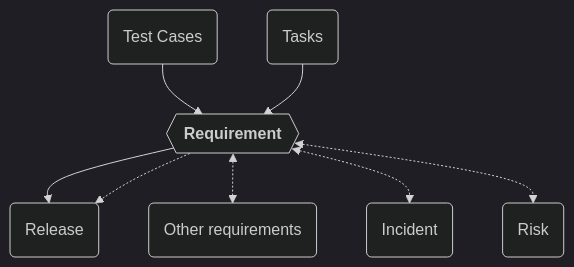
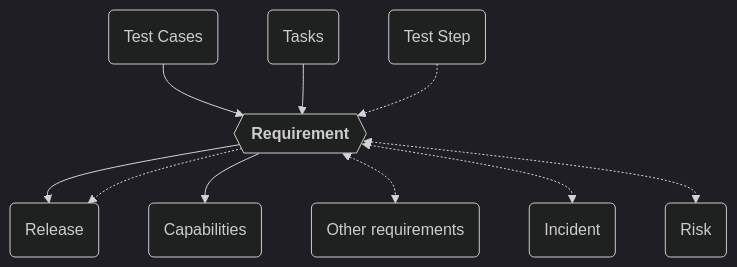
Before and after one commit to Inflectra/spira-documentation: the diagram in docs/Spira-User-Manual/Requirements-Management.md, drawn with Mermaid (dark theme). The commit also changed other lines of this file and 5 other files, not shown here.

````diff
--- a/docs/Spira-User-Manual/Requirements-Management.md
+++ b/docs/Spira-User-Manual/Requirements-Management.md
@@ -26,10 +29,12 @@
     ``` mermaid
     graph TD
     RQ{{"`**Requirement**`"}} --> RL(Release);
+    RQ --> CP(Capabilities);
     TC(Test Cases) --> RQ;
     TK(Tasks) --> RQ;
     RQ -.-> RL;
+    TS(Test Step) -.-> RQ;
     RQ <-.-> RQ2(Other requirements);
     RQ <-.-> IN(Incident);
     RQ <-.-> RK(Risk);
     ```
````
